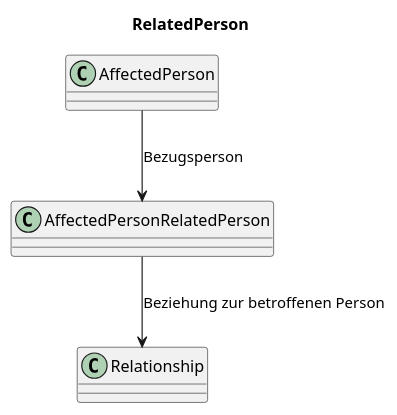
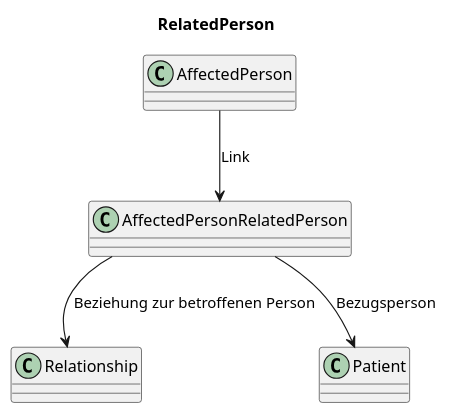
The diagram in rki.emiga.common/guides/implementationguides.common/PlantUML/PersonRelatedPersonOverview.puml (robert-koch-institut/rki.emiga.common), drawn with PlantUML before and after one commit. The commit also changed 21 other files, not shown here.

```diff
--- a/rki.emiga.common/guides/implementationguides.common/PlantUML/PersonRelatedPersonOverview.puml
+++ b/rki.emiga.common/guides/implementationguides.common/PlantUML/PersonRelatedPersonOverview.puml
@@ -25,15 +2,21 @@
 @startuml
 
-title RelatedPerson
+title RelatedPerson 
 
-class AffectedPerson {
+class AffectedPerson{
+}
+class Relationship{
 }
 class AffectedPersonRelatedPerson {
 }
-class Relationship {
+class Patient {
+}
+class Relationship{
 }
 
-AffectedPerson --> AffectedPersonRelatedPerson : Bezugsperson
-AffectedPersonRelatedPerson --> Relationship : Beziehung zur betroffenen Person
+AffectedPerson --> AffectedPersonRelatedPerson: Link
+
+AffectedPersonRelatedPerson --> Patient: Bezugsperson
+AffectedPersonRelatedPerson --> Relationship: Beziehung zur betroffenen Person
 
 @enduml
```
